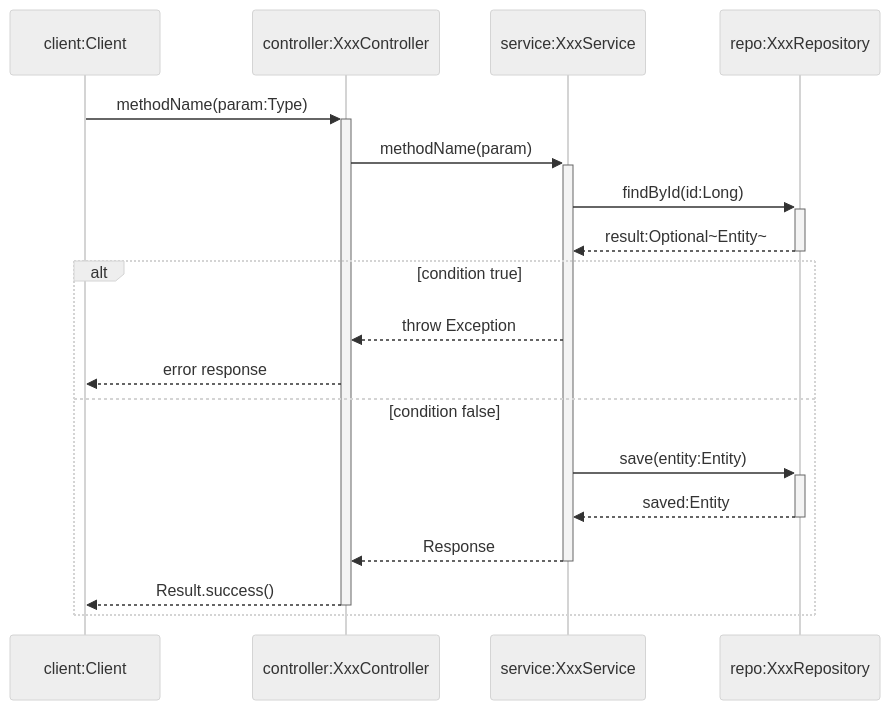
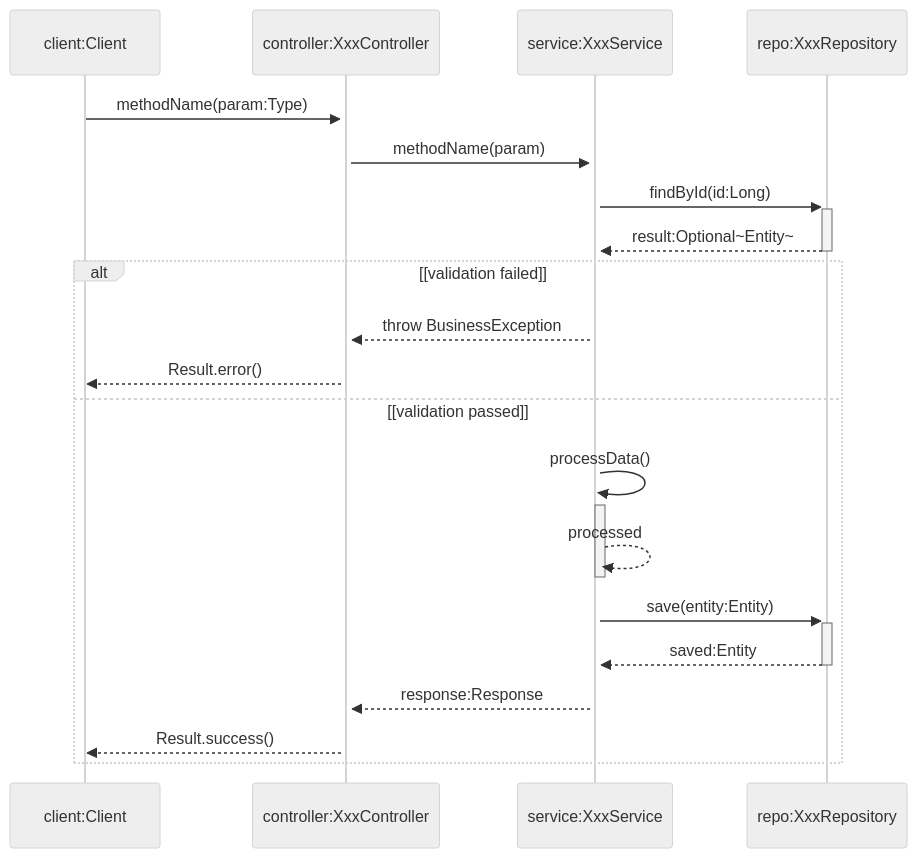
One commit to gkr185/BYSJ-gkr changed the second of 2 diagrams in docs/社区团购系统/毕设报告相关/UML时序图绘制规范.md. Above: the diagram before and after it, drawn with Mermaid (neutral theme). The commit also changed other lines of this file and 114 other files, not shown here.

````diff
--- a/docs/社区团购系统/毕设报告相关/UML时序图绘制规范.md
+++ b/docs/社区团购系统/毕设报告相关/UML时序图绘制规范.md
@@ -46,22 +104,24 @@
 ```mermaid
 sequenceDiagram
     participant client as client:Client
     participant controller as controller:XxxController
     participant service as service:XxxService
     participant repo as repo:XxxRepository
     
     client->>+controller: methodName(param:Type)
     controller->>+service: methodName(param)
     service->>+repo: findById(id:Long)
     repo-->>-service: result:Optional~Entity~
     
-    alt condition true
-        service-->>controller: throw Exception
-        controller-->>client: error response
-    else condition false
+    alt [validation failed]
+        service-->>controller: throw BusinessException
+        controller-->>client: Result.error()
+    else [validation passed]
+        service->>+service: processData()
+        service-->>-service: processed
         service->>+repo: save(entity:Entity)
         repo-->>-service: saved:Entity
-        service-->>-controller: Response
-        controller-->>-client: Result.success()
+        service-->>controller: response:Response
+        controller-->>client: Result.success()
     end
 ```
````
